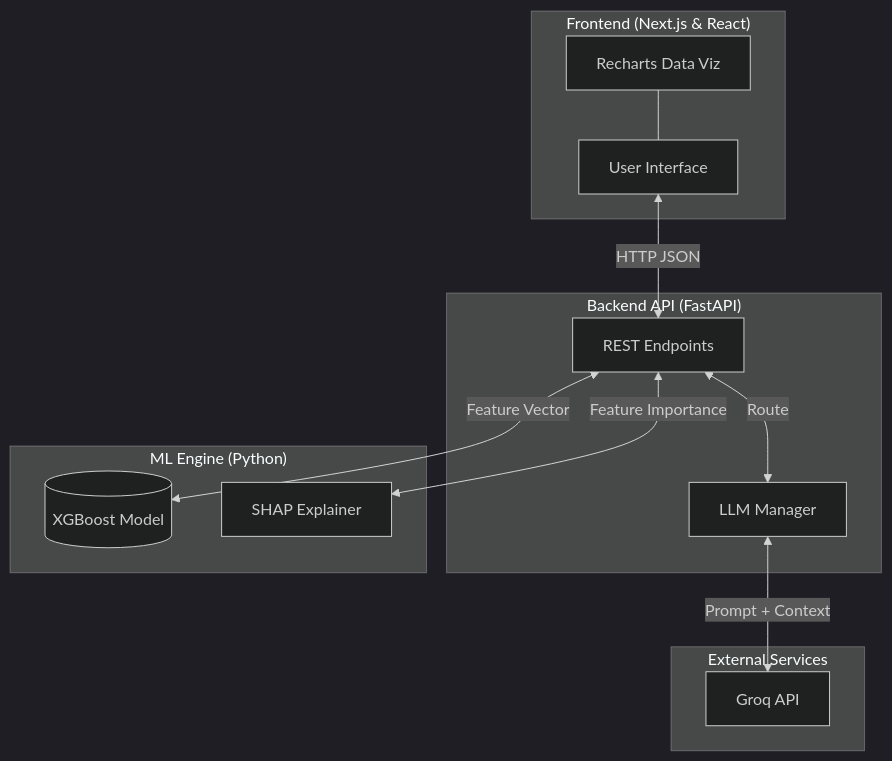
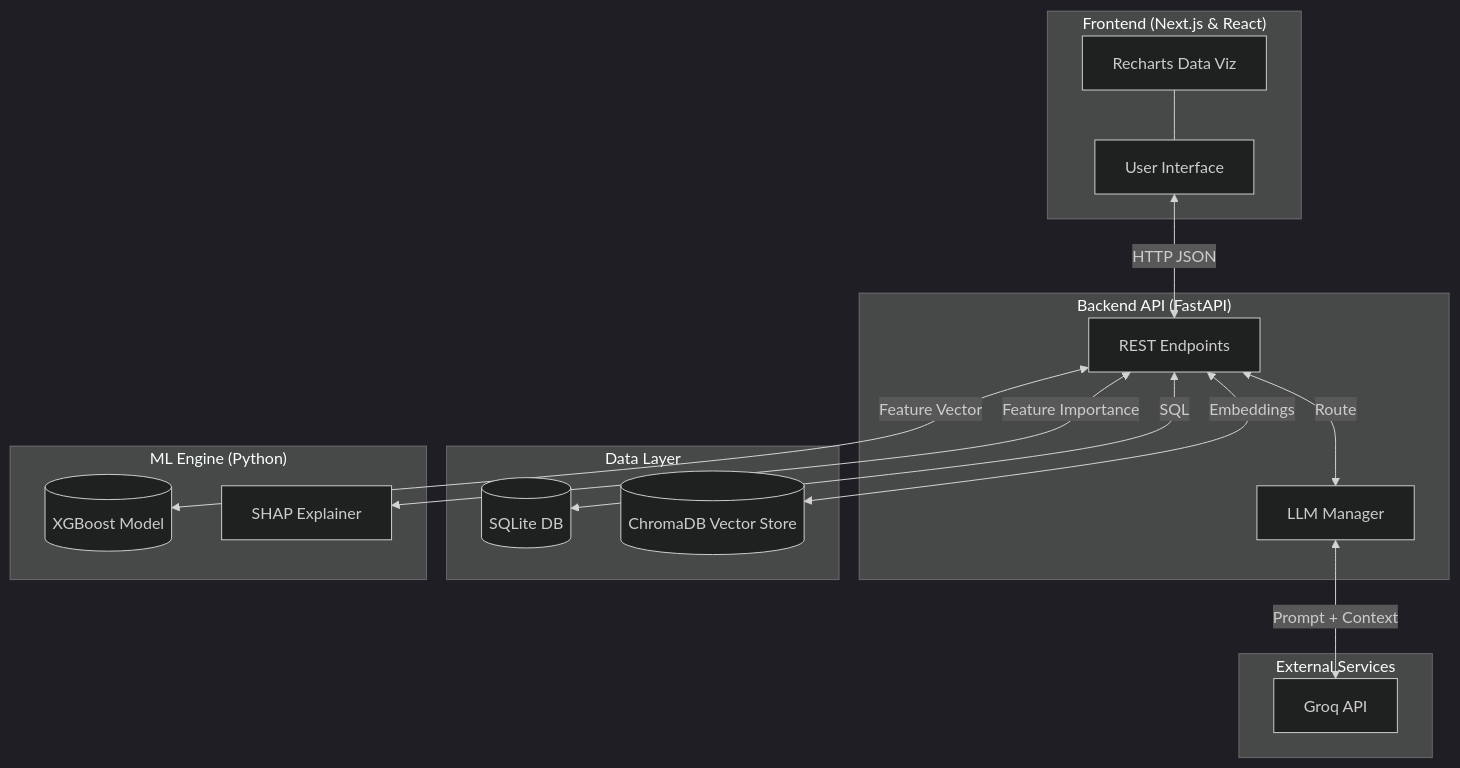
The diagram in README.md (Saracasm/Credit-Risk-Scorer), drawn with Mermaid (dark theme) before and after one commit. The commit also changed other lines of this file, not shown here.

Commit message:
docs: add database details to architecture diagram

````diff
--- a/README.md
+++ b/README.md
@@ -18,29 +18,36 @@
 ```mermaid
 graph TD
     subgraph Frontend ["Frontend (Next.js & React)"]
         UI[User Interface]
         Chart[Recharts Data Viz]
     end
 
     subgraph Backend ["Backend API (FastAPI)"]
         API[REST Endpoints]
         LLMProxy[LLM Manager]
+    end
+
+    subgraph Data ["Data Layer"]
+        SQLite[(SQLite DB)]
+        Chroma[(ChromaDB Vector Store)]
     end
 
     subgraph ML_System ["ML Engine (Python)"]
         Model[(XGBoost Model)]
         SHAP[SHAP Explainer]
     end
     
     subgraph External ["External Services"]
         Groq[Groq API]
     end
 
     UI <-->|HTTP JSON| API
     Chart --- UI
     
     API <-->|Feature Vector| Model
     API <-->|Feature Importance| SHAP
+    API <-->|SQL| SQLite
+    API <-->|Embeddings| Chroma
     LLMProxy <-->|Prompt + Context| Groq
     API <-->|Route| LLMProxy
 ```
````
